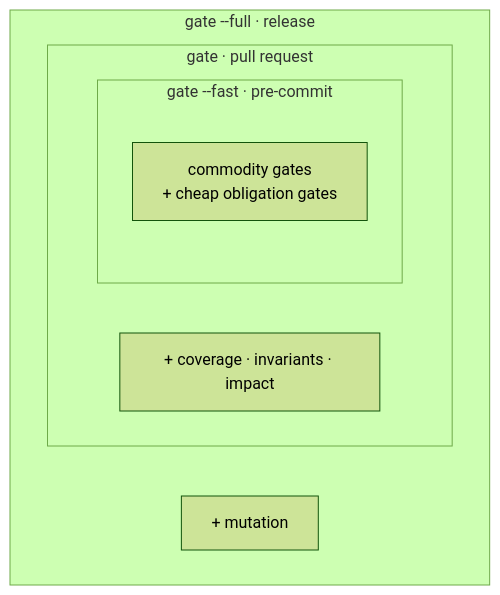
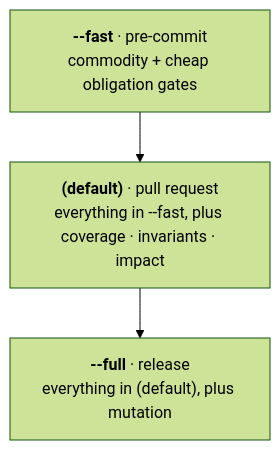
The diagram in docs/gate/stages-and-families.md (clintecker/celebrimbor), drawn with Mermaid (forest theme) before and after one commit. The commit also changed 11 other files, not shown here.

````diff
--- a/docs/gate/stages-and-families.md
+++ b/docs/gate/stages-and-families.md
@@ -42,14 +42,7 @@
 ```mermaid
-flowchart LR
-    subgraph full["gate --full · release"]
-        direction LR
-        subgraph def["gate · pull request"]
-            direction LR
-            subgraph fast["gate --fast · pre-commit"]
-                A["commodity gates<br/>+ cheap obligation gates"]
-            end
-            B["+ coverage · invariants · impact"]
-        end
-        C["+ mutation"]
-    end
+flowchart TD
+    F["<b>--fast</b> · pre-commit<br/>commodity + cheap obligation gates"]
+    D["<b>(default)</b> · pull request<br/>everything in --fast, plus coverage · invariants · impact"]
+    U["<b>--full</b> · release<br/>everything in (default), plus mutation"]
+    F --> D --> U
 ```
````
